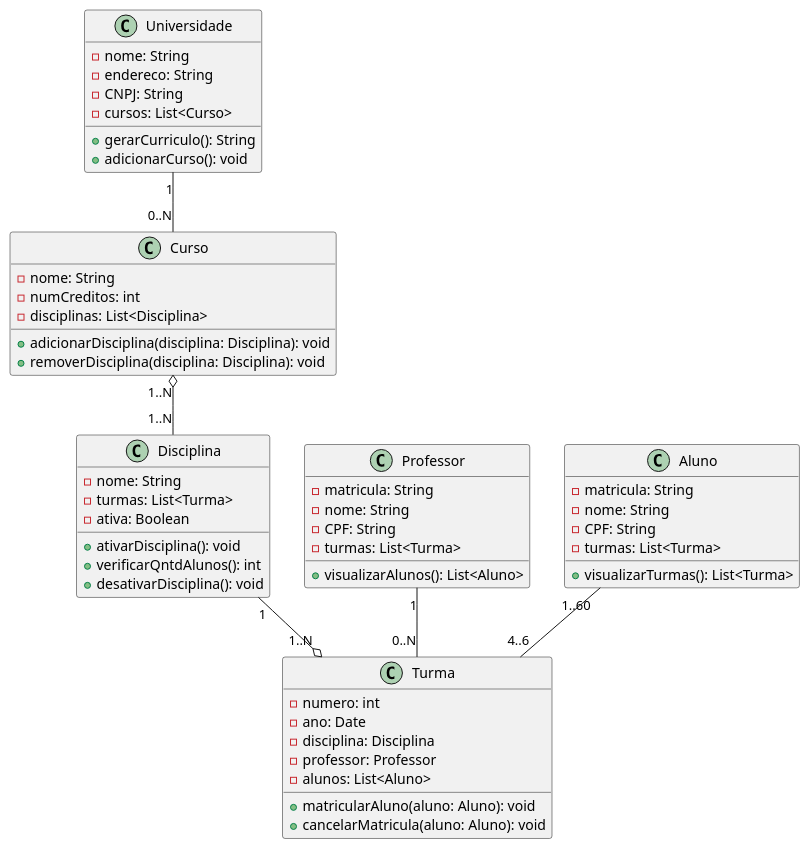
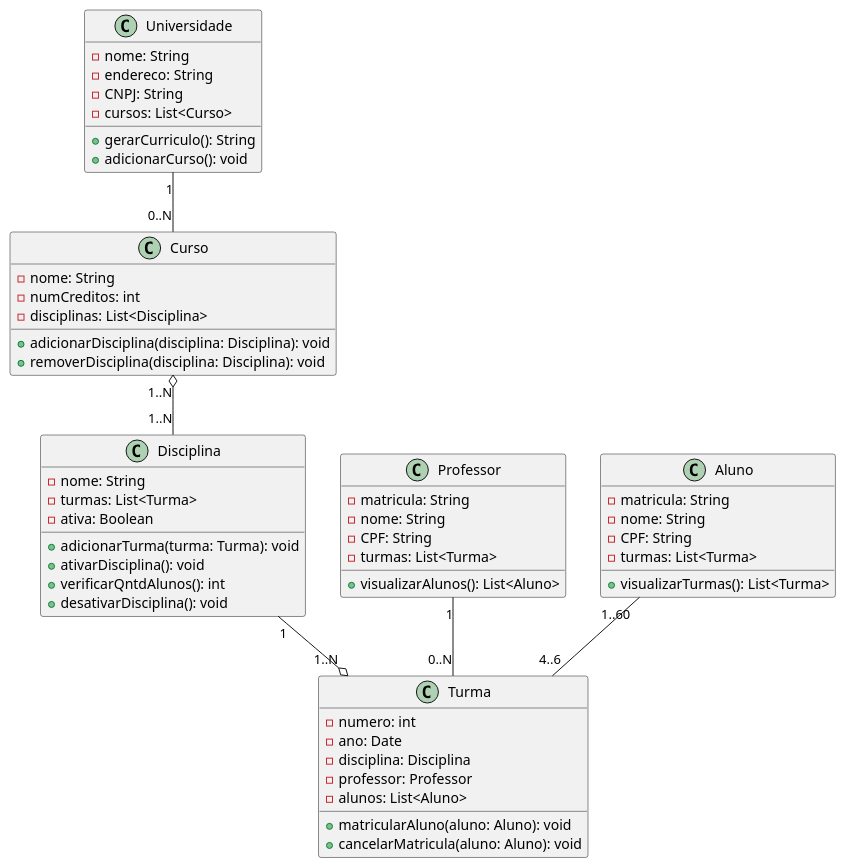
One commit to oarthurfc/LDS changed the diagram in project/code/classDiagram.puml. Above: the diagram before and after it, drawn with PlantUML. The commit also changed 3 other files, not shown here.

```diff
--- a/project/code/classDiagram.puml
+++ b/project/code/classDiagram.puml
@@ -1,61 +1,62 @@
 @startuml
 
 class Universidade {
   -nome: String
   -endereco: String
   -CNPJ: String
   -cursos: List<Curso>
   +gerarCurriculo(): String
   +adicionarCurso(): void
 }
 
 class Curso {
   -nome: String
   -numCreditos: int
   -disciplinas: List<Disciplina>
   +adicionarDisciplina(disciplina: Disciplina): void
   +removerDisciplina(disciplina: Disciplina): void
 }
 
 class Disciplina {
   -nome: String
   -turmas: List<Turma>
   -ativa: Boolean
+  +adicionarTurma(turma: Turma): void
   +ativarDisciplina(): void
   +verificarQntdAlunos(): int
   +desativarDisciplina(): void
 }
 
 class Turma {
   -numero: int
   -ano: Date
   -disciplina: Disciplina
   -professor: Professor
   -alunos: List<Aluno>
   +matricularAluno(aluno: Aluno): void
   +cancelarMatricula(aluno: Aluno): void
 }
 
 class Professor {
   -matricula: String
   -nome: String
   -CPF: String
   -turmas: List<Turma>
   +visualizarAlunos(): List<Aluno>
 }
 
 class Aluno {
   -matricula: String
   -nome: String  
   -CPF: String 
   -turmas: List<Turma>
   +visualizarTurmas(): List<Turma>
 }
 
 Universidade "1" -- "0..N" Curso
 Curso "1..N" o-- "1..N" Disciplina
 Disciplina "1" --o "1..N" Turma
 Professor "1" -- "0..N" Turma
 Aluno "1..60" -- "4..6" Turma
 
 @enduml
```
